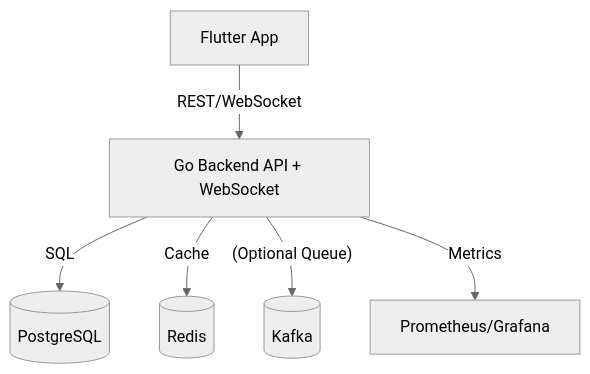
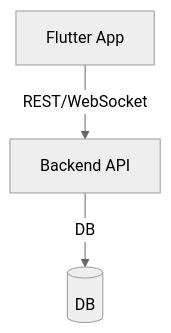
The diagram in README.md (AlperDog/poll_app), drawn with Mermaid (neutral theme) before and after one commit. The commit also changed other lines of this file, not shown here.

Commit message:
docs: update README to reflect new features, improved user flow, and backend integration readiness

````diff
--- a/README.md
+++ b/README.md
@@ -17,8 +19,5 @@
 ```mermaid
 graph TD;
-  FlutterApp["Flutter App"] -- REST/WebSocket --> GoBackend["Go Backend API + WebSocket"]
-  GoBackend -- SQL --> PostgreSQL[(PostgreSQL)]
-  GoBackend -- Cache --> Redis[(Redis)]
-  GoBackend -- (Optional Queue) --> Kafka[(Kafka)]
-  GoBackend -- Metrics --> Prometheus[Prometheus/Grafana]
+  FlutterApp["Flutter App"] -- REST/WebSocket --> Backend["Backend API"]
+  Backend -- DB --> Database[(DB)]
 ```
````
